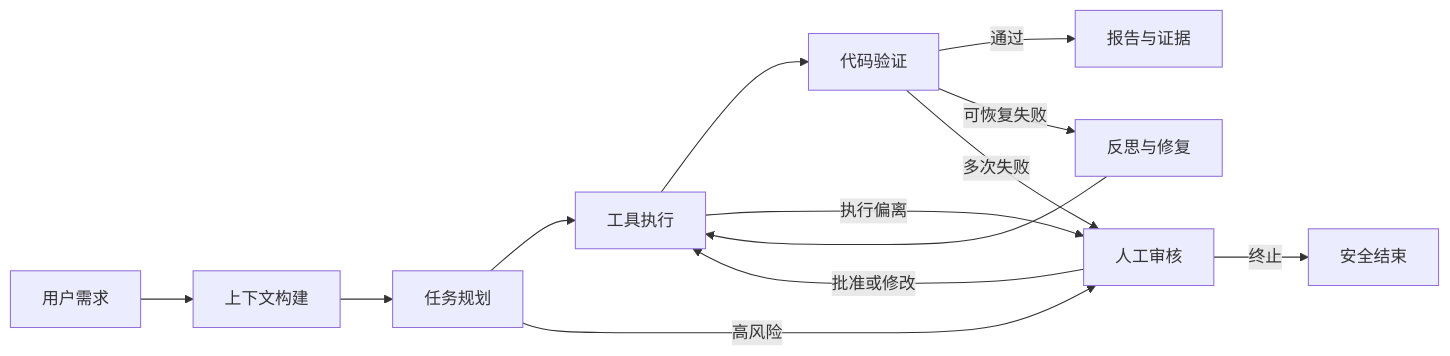
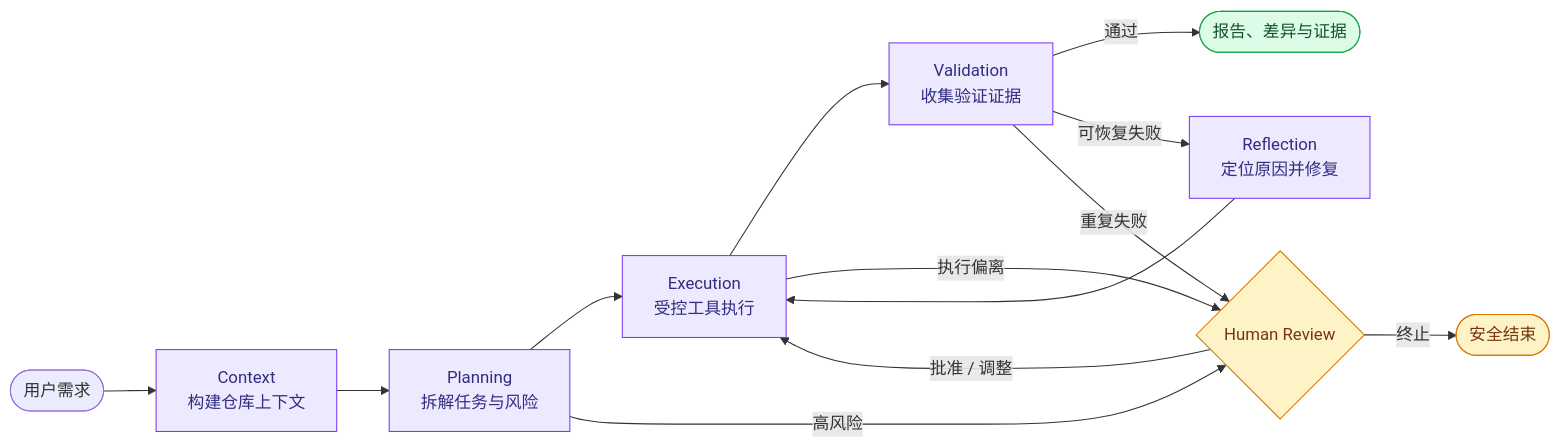
The first of 2 diagrams in README.md (Jonglee999/Codeagent), drawn with Mermaid before and after one commit. The commit also changed other lines of this file, not shown here.

````diff
--- a/README.md
+++ b/README.md
@@ -67,15 +62,22 @@
 ```mermaid
 flowchart LR
-    U[用户需求] --> C[上下文构建]
-    C --> P[任务规划]
-    P --> E[工具执行]
-    E --> V[代码验证]
-    V -->|通过| R[报告与证据]
-    V -->|可恢复失败| F[反思与修复]
-    F --> E
-    P -->|高风险| H[人工审核]
+    U([用户需求]) --> C[Context<br/>构建仓库上下文]
+    C --> P[Planning<br/>拆解任务与风险]
+    P --> E[Execution<br/>受控工具执行]
+    E --> V[Validation<br/>收集验证证据]
+    V -->|通过| O([报告、差异与证据])
+    V -->|可恢复失败| R[Reflection<br/>定位原因并修复]
+    R --> E
+    P -->|高风险| H{Human Review}
     E -->|执行偏离| H
-    V -->|多次失败| H
-    H -->|批准或修改| E
-    H -->|终止| X[安全结束]
+    V -->|重复失败| H
+    H -->|批准 / 调整| E
+    H -->|终止| X([安全结束])
+
+    classDef primary fill:#ede9fe,stroke:#7c3aed,color:#312e81;
+    classDef success fill:#dcfce7,stroke:#16a34a,color:#14532d;
+    classDef warning fill:#fef3c7,stroke:#d97706,color:#78350f;
+    class C,P,E,V,R primary;
+    class O success;
+    class H,X warning;
 ```
````
